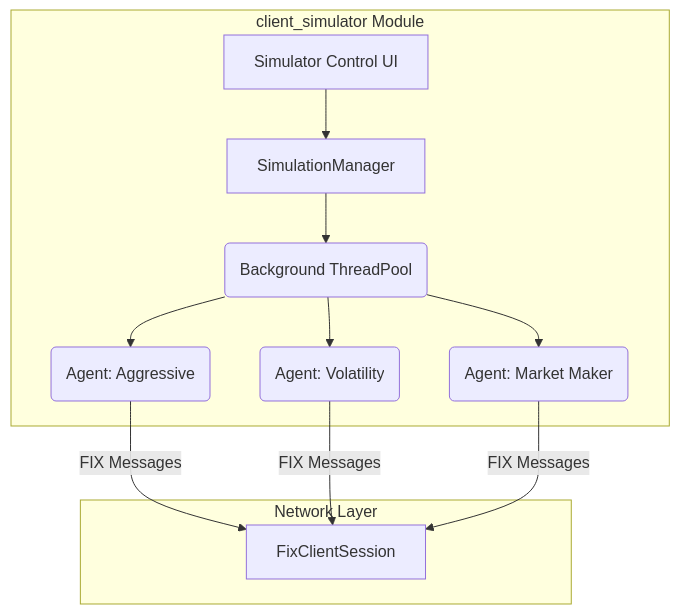
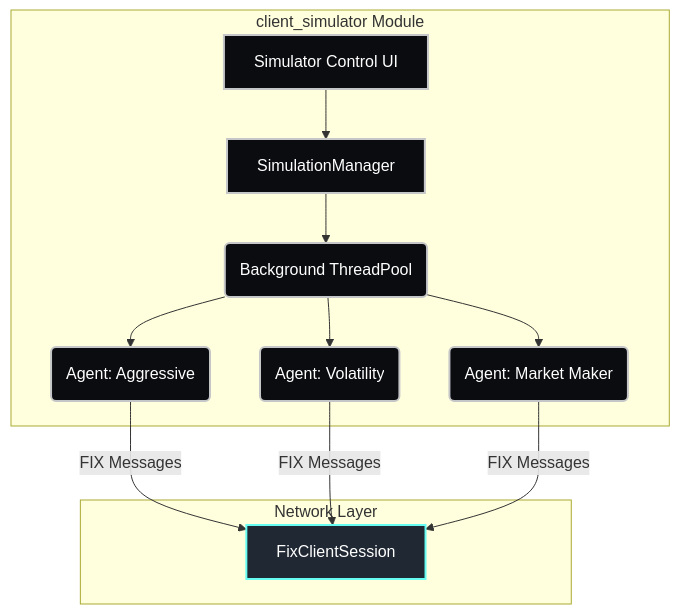
Before and after one commit to SujalChoudhari/BetaTrader: the first of 2 diagrams in client/client_simulator/README.md, drawn with Mermaid. The commit also changed 9 other files, not shown here.

````diff
--- a/client/client_simulator/README.md
+++ b/client/client_simulator/README.md
@@ -18,19 +18,22 @@
 ```mermaid
 graph TD
+    classDef logic fill:#0b0c10,stroke:#c5c6c7,stroke-width:2px,color:white;
+    classDef net fill:#1f2833,stroke:#66fcf1,stroke-width:2px,color:white;
+
     subgraph "client_simulator Module"
-        UI[Simulator Control UI] --> MGR[SimulationManager]
-        MGR --> POOL(Background ThreadPool)
+        UI[Simulator Control UI]:::logic --> MGR[SimulationManager]:::logic
+        MGR --> POOL(Background ThreadPool):::logic
         
-        POOL --> A1(Agent: Aggressive)
-        POOL --> A2(Agent: Volatility)
-        POOL --> A3(Agent: Market Maker)
+        POOL --> A1(Agent: Aggressive):::logic
+        POOL --> A2(Agent: Volatility):::logic
+        POOL --> A3(Agent: Market Maker):::logic
     end
 
     subgraph "Network Layer"
-        FIX[FixClientSession] 
+        FIX[FixClientSession]:::net
     end
 
     A1 -->|FIX Messages| FIX
     A2 -->|FIX Messages| FIX
     A3 -->|FIX Messages| FIX
 ```
````
